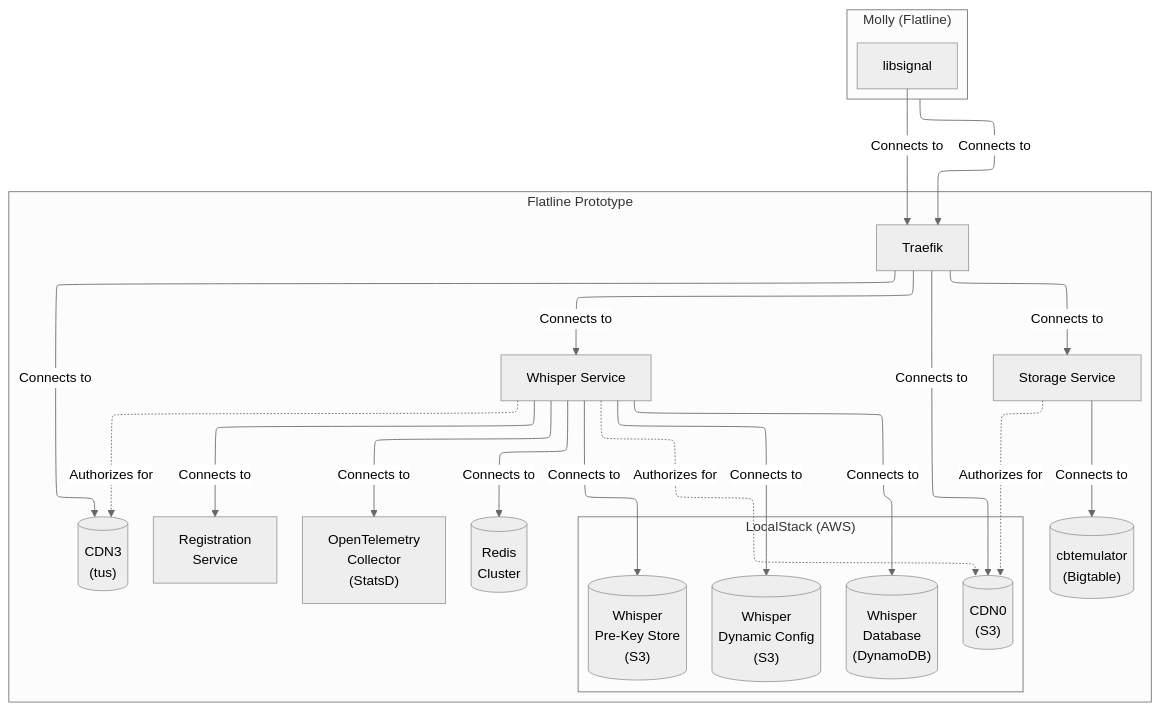
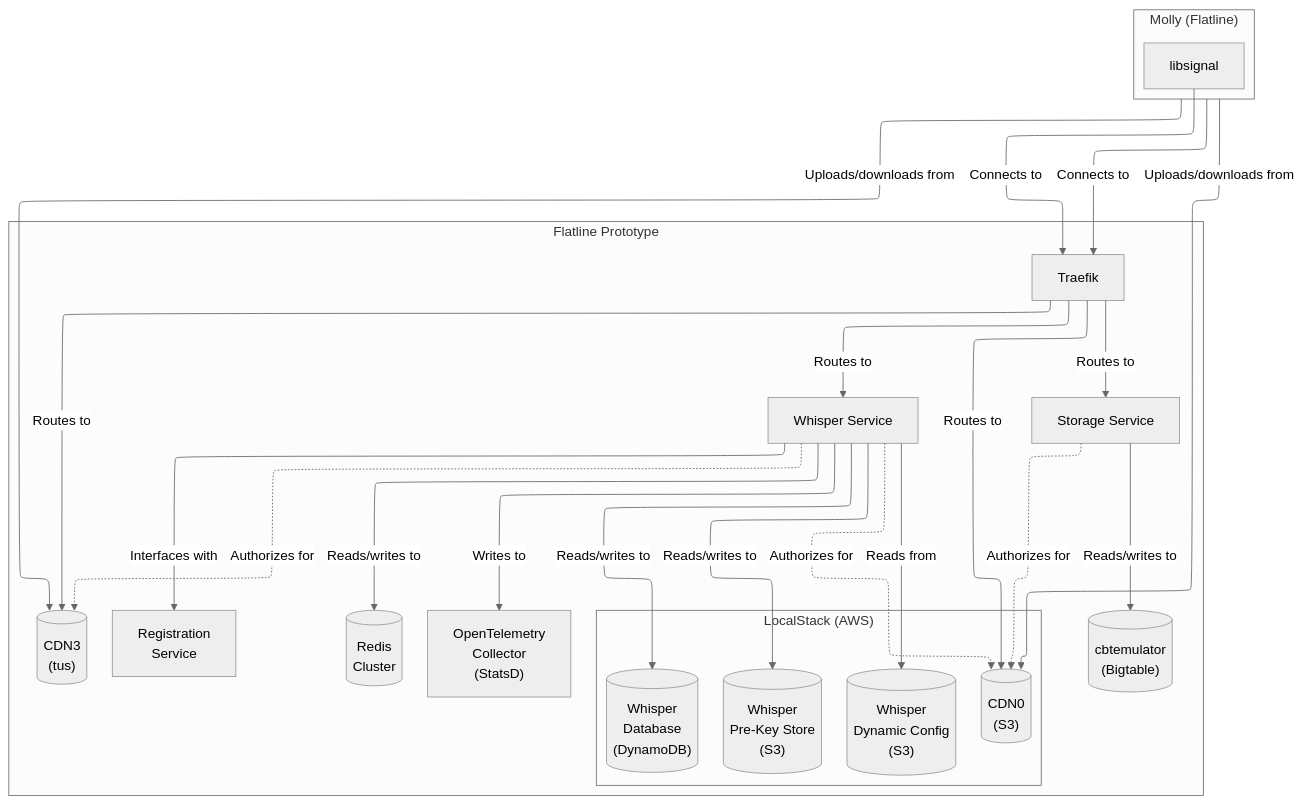
One commit to mollyim/flatline-platform changed the diagram in docs/architecture.mmd. Above: the diagram before and after it, drawn with Mermaid. The commit also changed 2 other files, not shown here.

```diff
--- a/docs/architecture.mmd
+++ b/docs/architecture.mmd
@@ -1,50 +1,52 @@
 ---
 config:
   theme: "neutral"
   flowchart:
     defaultRenderer: "elk"
 ---
 
 flowchart TD
     molly -->|Connects to| traefik
+    molly -->|Uploads/downloads from| cdn0
+    molly -->|Uploads/downloads from| cdn3
     lib -->|Connects to| traefik
 
-    traefik -->|Connects to| whisper
-    traefik -->|Connects to| storage
-    traefik -->|Connects to| cdn0
-    traefik -->|Connects to| cdn3
+    traefik -->|Routes to| whisper
+    traefik -->|Routes to| storage
+    traefik -->|Routes to| cdn0
+    traefik -->|Routes to| cdn3
 
-    whisper -->|Connects to| redis
-    whisper -->|Connects to| registration
+    whisper -->|Reads/writes to| redis
+    whisper -->|Interfaces with| registration
     whisper -.->|Authorizes for| cdn0
     whisper -.->|Authorizes for| cdn3
-    whisper -->|Connects to| whisper-pre-key-store
-    whisper -->|Connects to| whisper-database
-    whisper -->|Connects to| whisper-dynamic-config
-    whisper -->|Connects to| otel
+    whisper -->|Reads/writes to| whisper-pre-key-store
+    whisper -->|Reads/writes to| whisper-database
+    whisper -->|Reads from| whisper-dynamic-config
+    whisper -->|Writes to| otel
 
-    storage -->|Connects to| cbtemulator
+    storage -->|Reads/writes to| cbtemulator
     storage -.->|Authorizes for| cdn0
 
     subgraph molly["Molly (Flatline)"]
         lib[libsignal]
     end
 
     subgraph localstack["LocalStack (AWS)"]
         cdn0@{ shape: cyl, label: "CDN0<br>(S3)" }
         whisper-database@{ shape: cyl, label: "Whisper<br>Database<br>(DynamoDB)" }
         whisper-dynamic-config@{ shape: cyl, label: "Whisper<br>Dynamic Config<br>(S3)" }
         whisper-pre-key-store@{ shape: cyl, label: "Whisper<br>Pre-Key Store<br>(S3)" }
     end
 
     subgraph "Flatline Prototype"
         traefik[Traefik]
         whisper[Whisper Service]
         storage[Storage Service]
         localstack[LocalStack]
         registration[Registration<br>Service]
         cdn3@{ shape: cyl, label: "CDN3<br>(tus)" }
         redis@{ shape: cyl, label: "Redis<br>Cluster"}
         cbtemulator@{ shape: cyl, label: "cbtemulator<br>(Bigtable)"}
         otel["OpenTelemetry<br>Collector<br>(StatsD)"]
     end
```
